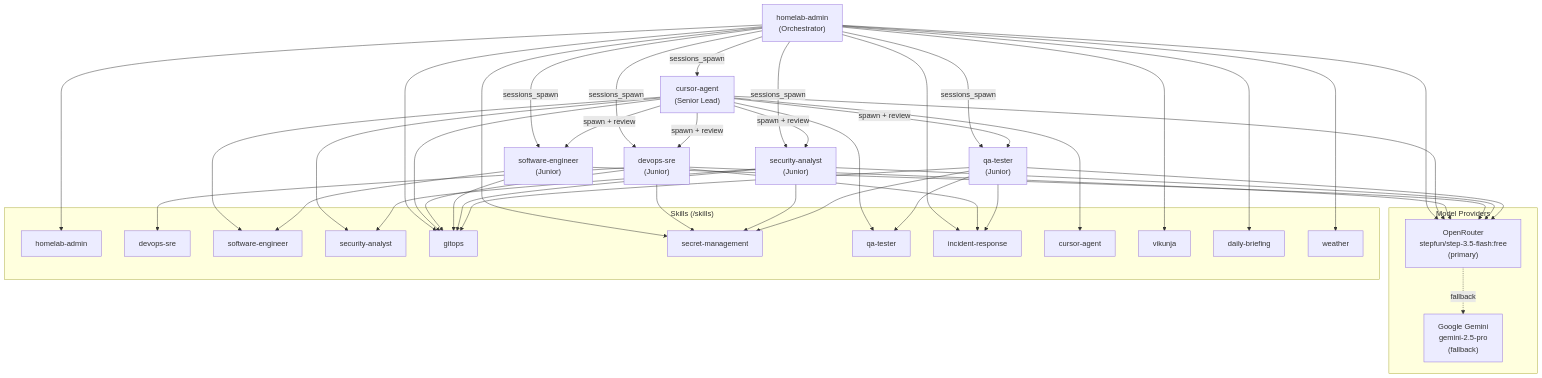
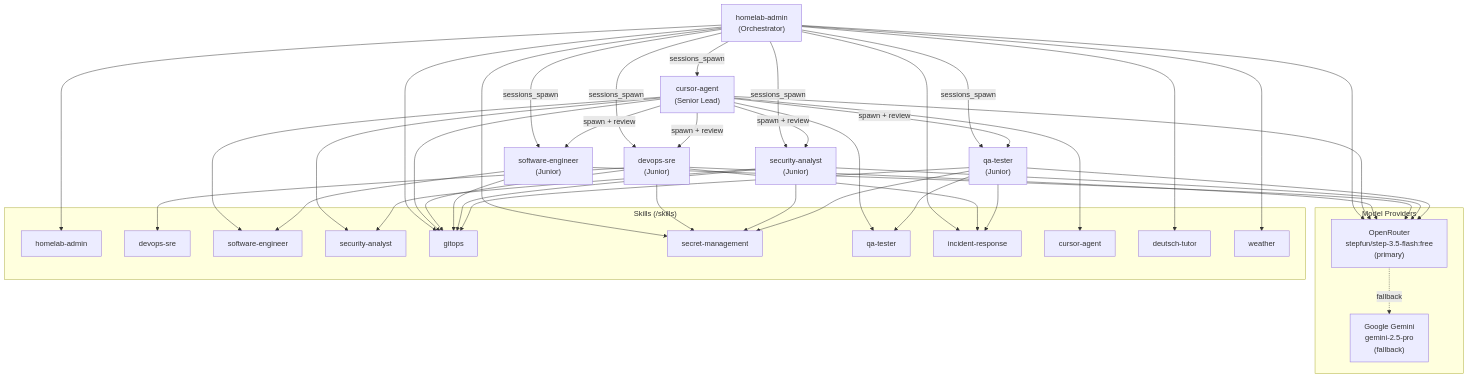
Before and after one commit to haingth77/homelab: the seventh of 7 diagrams in k8s/apps/openclaw/README.md, drawn with Mermaid. The commit also changed other lines of this file and 46 other files, not shown here.

First line of the commit message:
feat: replace Vikunja with Deutsch Tutor AI learning system (#116)

````diff
--- a/k8s/apps/openclaw/README.md
+++ b/k8s/apps/openclaw/README.md
@@ -821,49 +739,48 @@
 ```mermaid
 flowchart TD
     subgraph models["Model Providers"]
         OpenRouterM["OpenRouter\nstepfun/step-3.5-flash:free\n(primary)"]
         GeminiM["Google Gemini\ngemini-2.5-pro\n(fallback)"]
     end
 
     HA["homelab-admin\n(Orchestrator)"]
     CA["cursor-agent\n(Senior Lead)"]
     DS["devops-sre\n(Junior)"]
     SE["software-engineer\n(Junior)"]
     SA["security-analyst\n(Junior)"]
     QA["qa-tester\n(Junior)"]
 
     HA -- "sessions_spawn" --> CA
     HA -- "sessions_spawn" --> DS
     HA -- "sessions_spawn" --> SE
     HA -- "sessions_spawn" --> SA
     HA -- "sessions_spawn" --> QA
     CA -- "spawn + review" --> DS
     CA -- "spawn + review" --> SE
     CA -- "spawn + review" --> SA
     CA -- "spawn + review" --> QA
 
     HA & CA & DS & SE & SA & QA --> OpenRouterM
     OpenRouterM -. "fallback" .-> GeminiM
 
     subgraph skills["Skills (/skills)"]
         S1["homelab-admin"]
         S2["devops-sre"]
         S3["software-engineer"]
         S4["security-analyst"]
         S5["gitops"]
         S6["secret-management"]
         S7["qa-tester"]
         S8["incident-response"]
         S9["cursor-agent"]
-        S10["vikunja"]
-        S11["daily-briefing"]
-        S12["weather"]
+        S10["deutsch-tutor"]
+        S11["weather"]
     end
 
-    HA --> S1 & S5 & S6 & S8 & S10 & S11 & S12
+    HA --> S1 & S5 & S6 & S8 & S10 & S11
     CA --> S9 & S5 & S3 & S4 & S7
     DS --> S2 & S5 & S6 & S8
     SE --> S3 & S5
     SA --> S4 & S5 & S6
     QA --> S7 & S5 & S6 & S8
 ```
````
